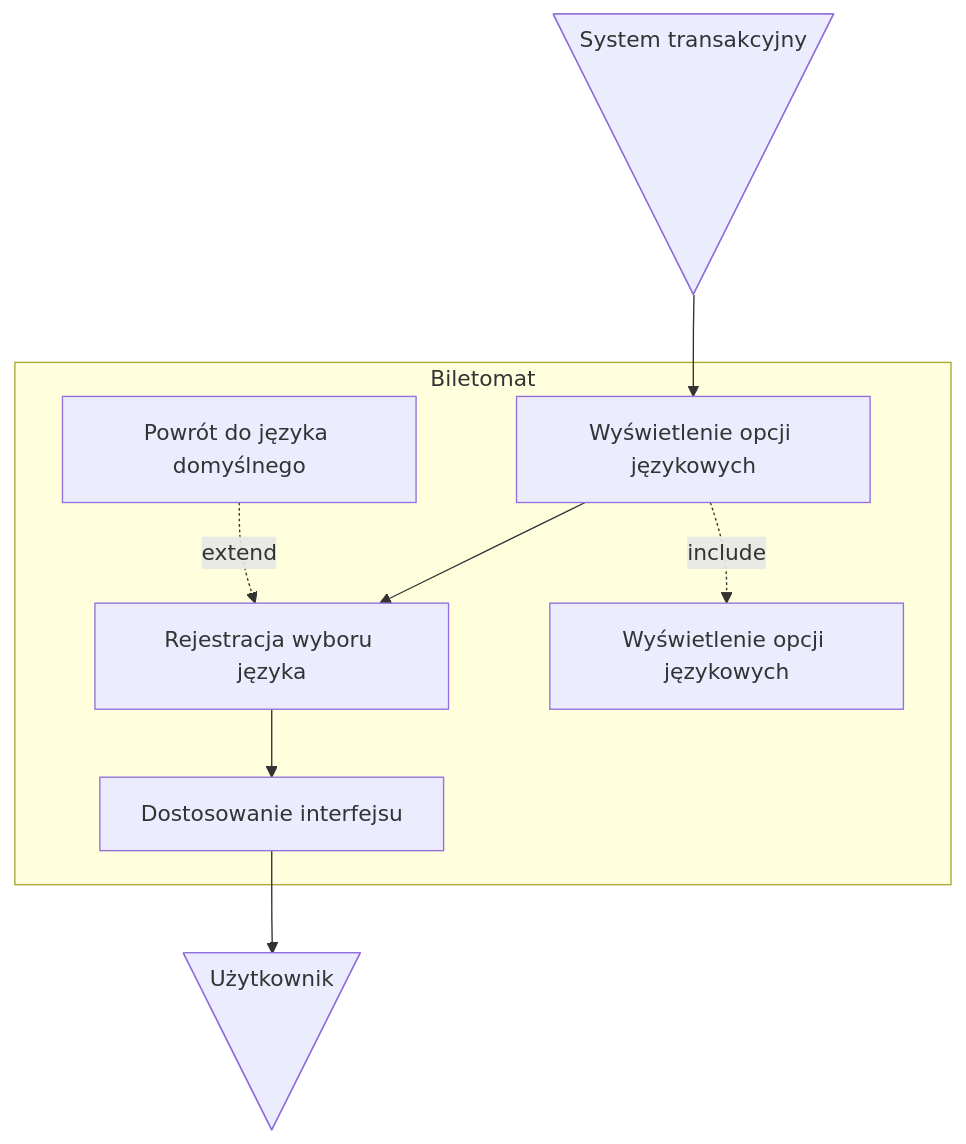
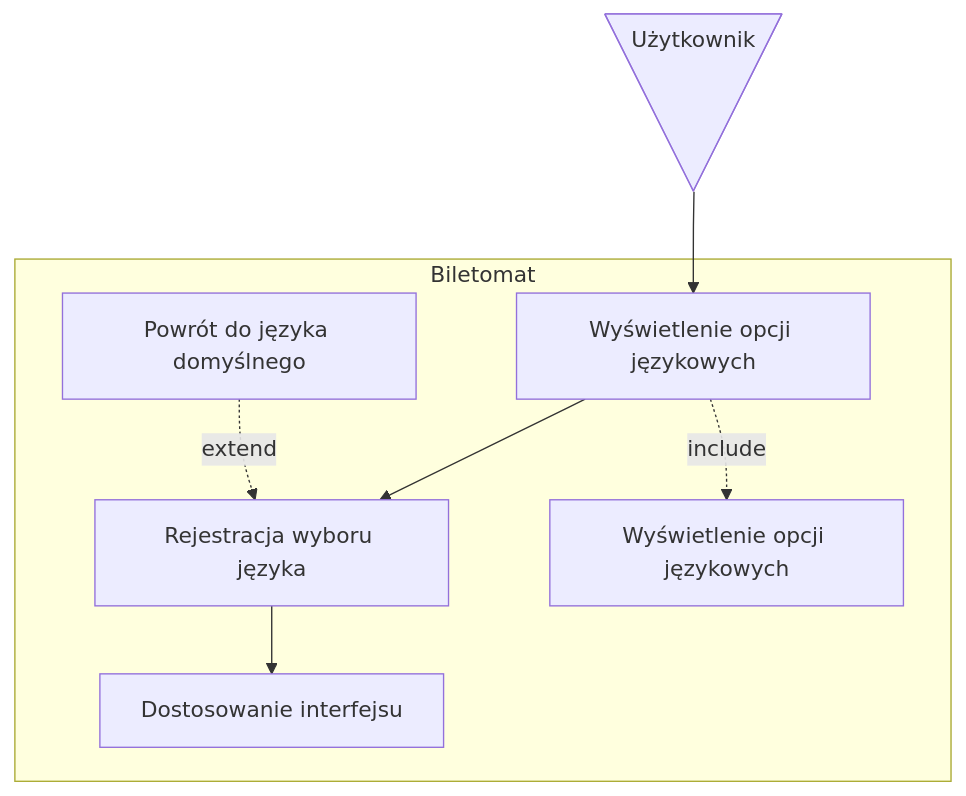
Before and after one commit to MarcinMarszewski/dowolna_nazwa: the second of 5 diagrams in userstories/biletomat.md, drawn with Mermaid. The commit also changed other lines of this file, not shown here.

````diff
--- a/userstories/biletomat.md
+++ b/userstories/biletomat.md
@@ -44,28 +44,26 @@
 ```mermaid
 graph TD
-  DD@{ shape: manual-file, label: "System transakcyjny" }
   DDD@{ shape: manual-file, label: "Użytkownik" }
 
   u1[Wyświetlenie opcji językowych]
   u2[Rejestracja wyboru języka]
   u3[Dostosowanie interfejsu]
   u4[Wyświetlenie opcji językowych]
   u5[Powrót do języka domyślnego]
 
-  DD --> u1
+  DDD --> u1
   u1 --> u2
   u2 --> u3
-  u3 --> DDD
 
   u1-. include .-> u4
   u5-. extend .-> u2
 
 subgraph Biletomat
   u1
   u2
   u3
   u4
   u5
 end
 
 ```
````
